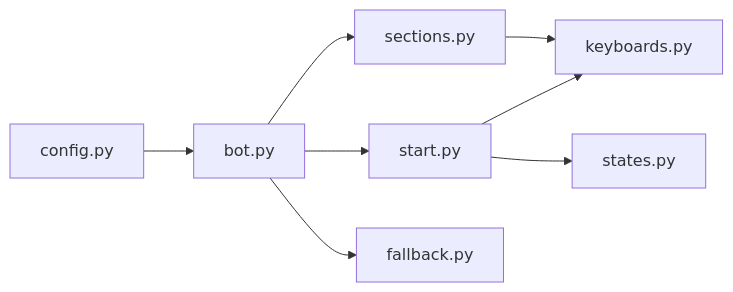
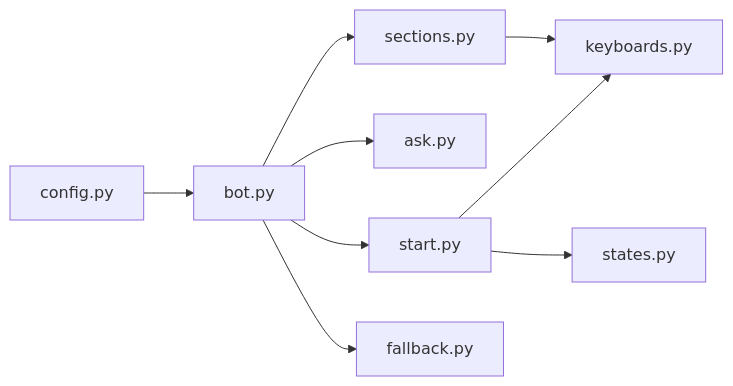
Before and after one commit to ognelis/cafetera_hr_bot: the sixth of 6 diagrams in .qoder/repowiki/en/content/Handler System/Start Handler.md, drawn with Mermaid. The commit also changed other lines of this file and 16 other files, not shown here.

````diff
--- a/.qoder/repowiki/en/content/Handler System/Start Handler.md
+++ b/.qoder/repowiki/en/content/Handler System/Start Handler.md
@@ -235,10 +261,11 @@
 ```mermaid
 graph LR
 Config["config.py"] --> BotFactory["bot.py"]
 BotFactory --> Start["start.py"]
+BotFactory --> Ask["ask.py"]
 BotFactory --> Sections["sections.py"]
 BotFactory --> Fallback["fallback.py"]
 Start --> Keyboards["keyboards.py"]
 Sections --> Keyboards
 Start --> States["states.py"]
 ```
````
